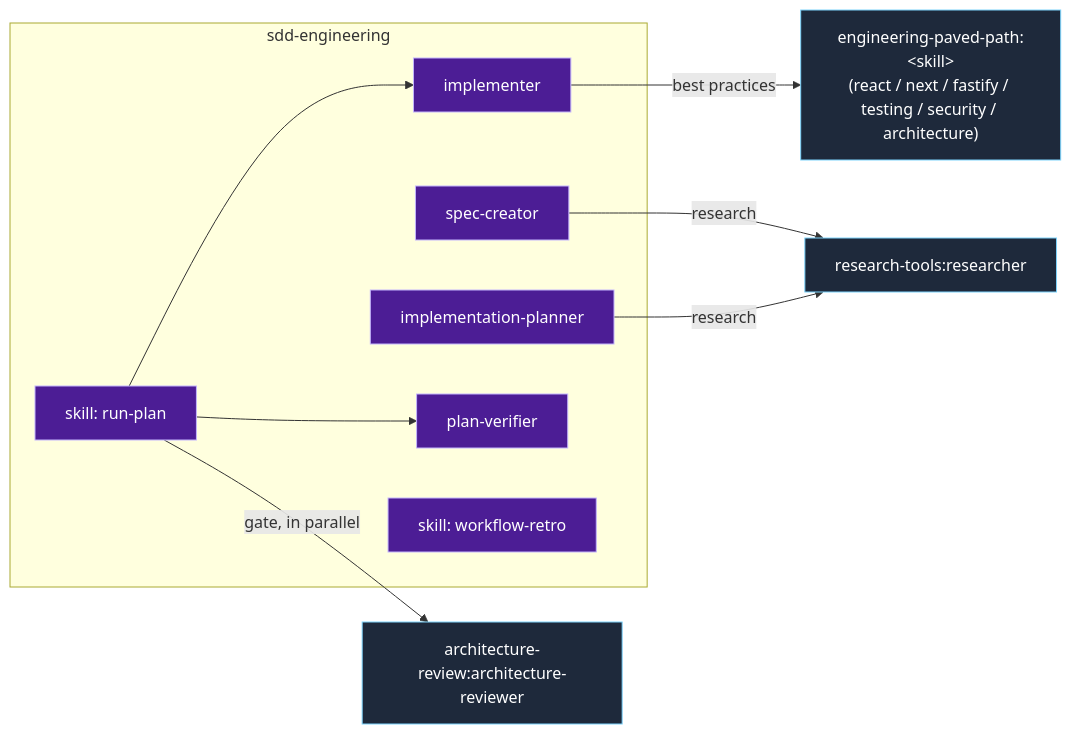
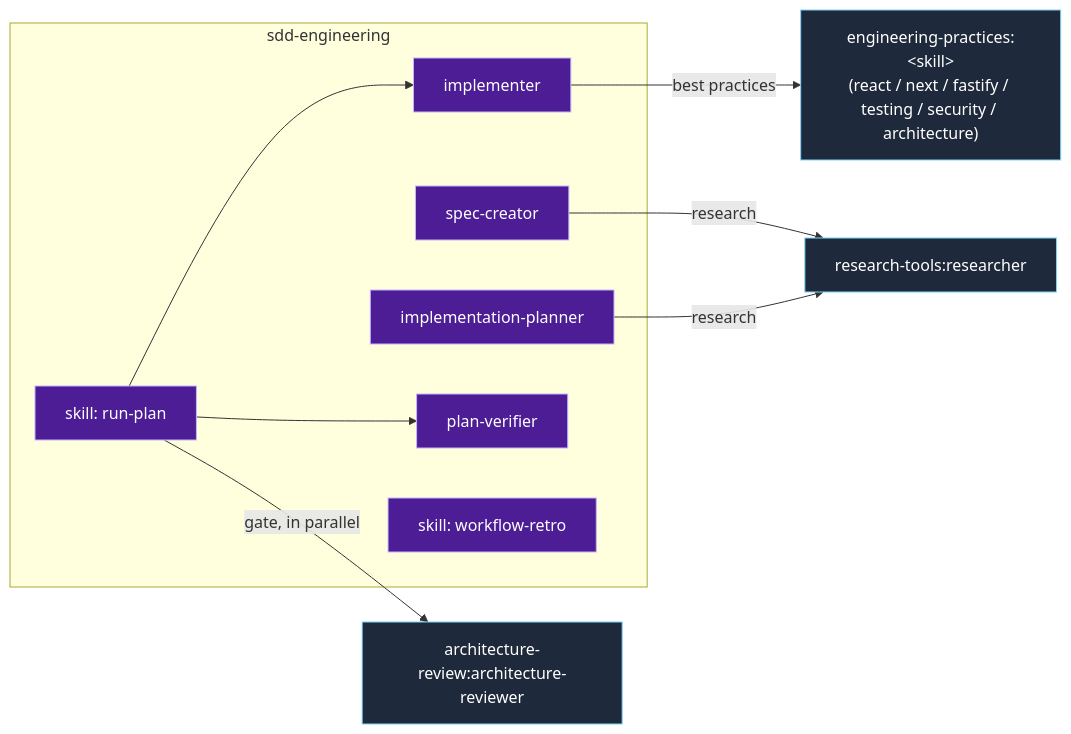
Before and after one commit to ai-agentic-engineering-neo/dev-digest-ai-marketplace: the second of 2 diagrams in docs/DEPENDENCY-GRAPH.md, drawn with Mermaid. The commit also changed other lines of this file and 158 other files, not shown here.

First line of the commit message:
refactor!: rename engineering-paved-path to engineering-practices

````diff
--- a/docs/DEPENDENCY-GRAPH.md
+++ b/docs/DEPENDENCY-GRAPH.md
@@ -32,25 +32,25 @@
 ```mermaid
 graph LR
   classDef sdd fill:#4c1d95,stroke:#c4b5fd,color:#fff;
   classDef ext fill:#1e293b,stroke:#7dd3fc,color:#fff;
 
   subgraph SDD["sdd-engineering"]
     SC["spec-creator"]:::sdd
     IP["implementation-planner"]:::sdd
     RP["skill: run-plan"]:::sdd
     IM["implementer"]:::sdd
     PV["plan-verifier"]:::sdd
     WR["skill: workflow-retro"]:::sdd
   end
 
   RES["research-tools:researcher"]:::ext
   ARR["architecture-review:architecture-reviewer"]:::ext
-  SK["engineering-paved-path:&lt;skill&gt;<br/>(react / next / fastify / testing / security / architecture)"]:::ext
+  SK["engineering-practices:&lt;skill&gt;<br/>(react / next / fastify / testing / security / architecture)"]:::ext
 
   SC -->|research| RES
   IP -->|research| RES
   RP -->|gate, in parallel| ARR
   RP --> IM
   RP --> PV
   IM -->|best practices| SK
 ```
````
